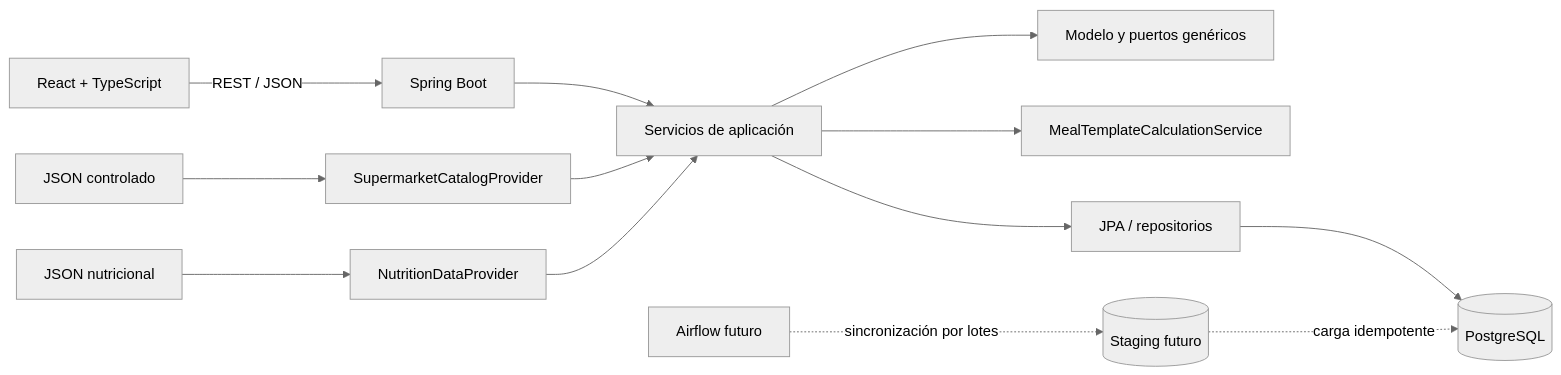
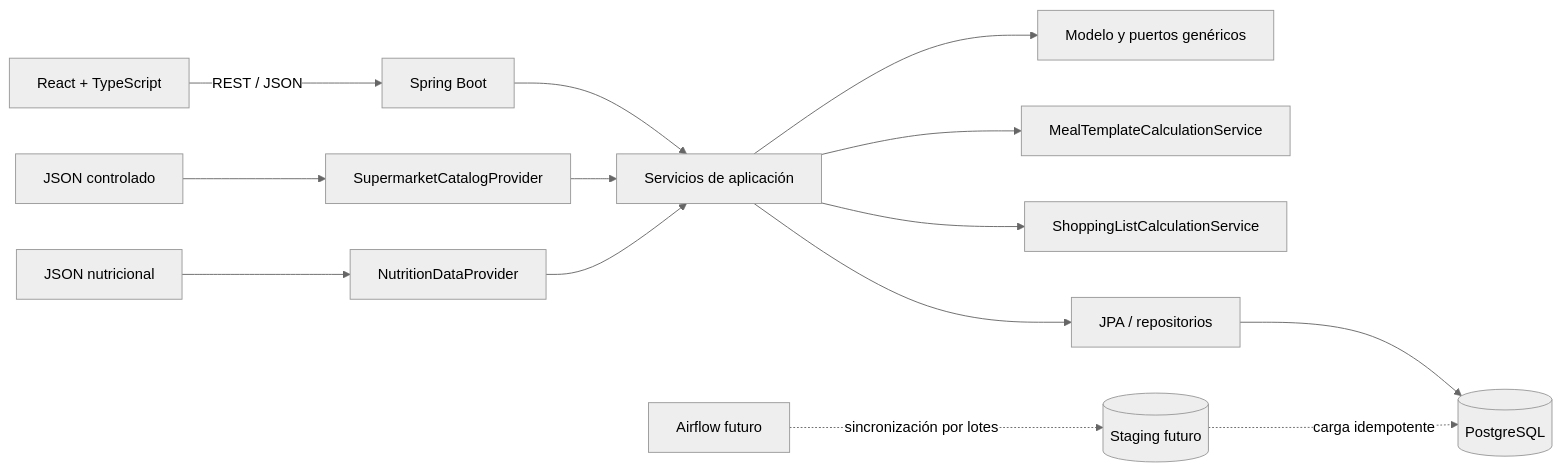
The first of 4 diagrams in docs/architecture.md (Xons001/supermarket-meal-planner), drawn with Mermaid (neutral theme) before and after one commit. The commit also changed other lines of this file and 57 other files, not shown here.

First line of the commit message:
feat: add ShoppingListDetailPage and ShoppingListsPage components with tests

````diff
--- a/docs/architecture.md
+++ b/docs/architecture.md
@@ -9,15 +9,16 @@
 ```mermaid
 flowchart LR
     Browser["React + TypeScript"] -->|REST / JSON| API["Spring Boot"]
     API --> Application["Servicios de aplicación"]
     Application --> Domain["Modelo y puertos genéricos"]
     Application --> Calculator["MealTemplateCalculationService"]
+    Application --> Shopping["ShoppingListCalculationService"]
     Application --> Persistence["JPA / repositorios"]
     Persistence --> PostgreSQL[(PostgreSQL)]
     LocalJson["JSON controlado"] --> CatalogProvider["SupermarketCatalogProvider"]
     LocalNutrition["JSON nutricional"] --> NutritionProvider["NutritionDataProvider"]
     CatalogProvider --> Application
     NutritionProvider --> Application
     Airflow["Airflow futuro"] -. sincronización por lotes .-> Staging[(Staging futuro)]
     Staging -. carga idempotente .-> PostgreSQL
 ```
````
